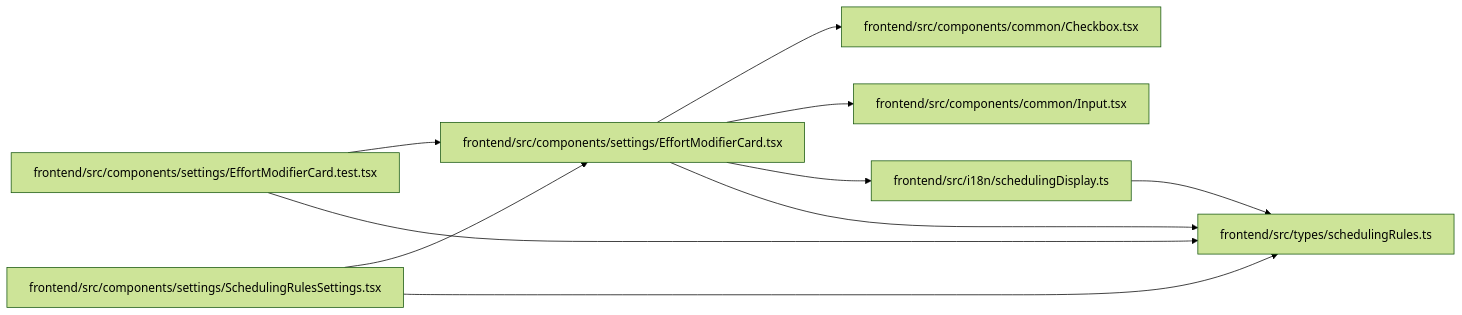
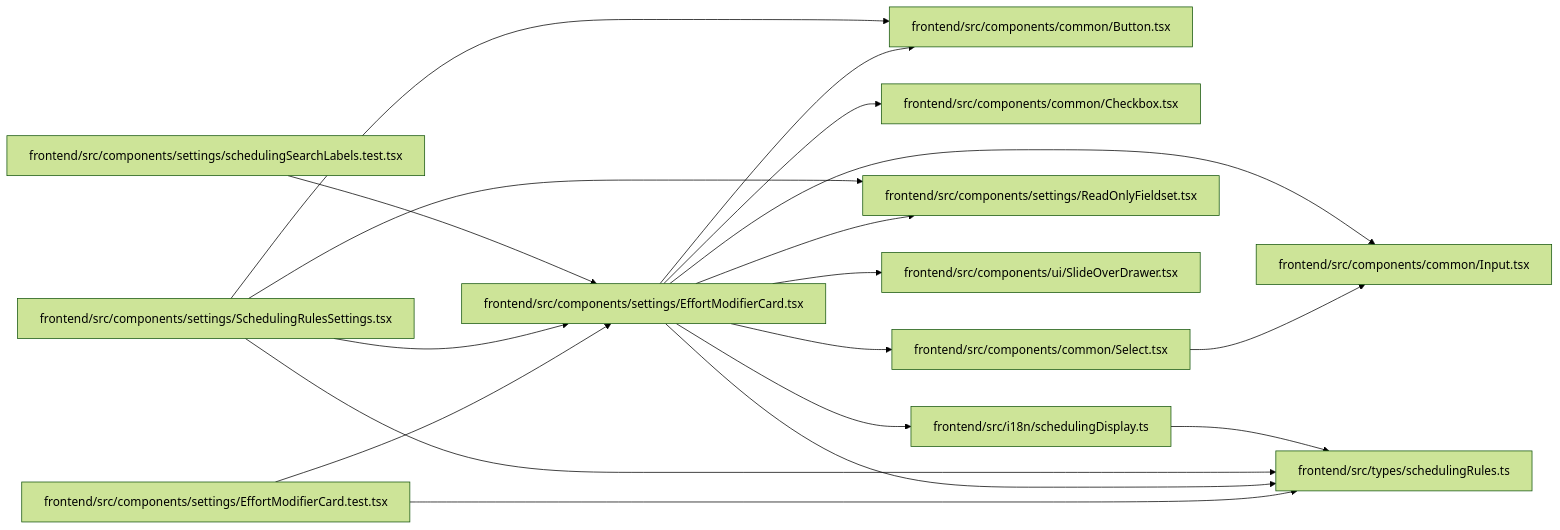
Before and after one commit to Denissvgn/WorkChord: the diagram in docs/llm_wiki/modules/EffortModifierCard.md, drawn with Mermaid (forest theme). The commit also changed other lines of this file and 2373 other files, not shown here.

````diff
--- a/docs/llm_wiki/modules/EffortModifierCard.md
+++ b/docs/llm_wiki/modules/EffortModifierCard.md
@@ -33,26 +37,44 @@
 ```mermaid
 flowchart LR
-    n0["frontend/src/components/common/Checkbox.tsx"]
-    n1["frontend/src/components/common/Input.tsx"]
-    n2["frontend/src/components/settings/EffortModifierCard.test.tsx"]
-    n3["frontend/src/components/settings/EffortModifierCard.tsx"]
-    n4["frontend/src/components/settings/SchedulingRulesSettings.tsx"]
-    n5["frontend/src/i18n/schedulingDisplay.ts"]
-    n6["frontend/src/types/schedulingRules.ts"]
-    n2 --> n3
-    n2 --> n6
-    n3 --> n0
-    n3 --> n1
-    n3 --> n5
-    n3 --> n6
-    n4 --> n3
-    n4 --> n6
+    n0["frontend/src/components/common/Button.tsx"]
+    n1["frontend/src/components/common/Checkbox.tsx"]
+    n2["frontend/src/components/common/Input.tsx"]
+    n3["frontend/src/components/common/Select.tsx"]
+    n4["frontend/src/components/settings/EffortModifierCard.test.tsx"]
+    n5["frontend/src/components/settings/EffortModifierCard.tsx"]
+    n6["frontend/src/components/settings/ReadOnlyFieldset.tsx"]
+    n7["frontend/src/components/settings/SchedulingRulesSettings.tsx"]
+    n8["frontend/src/components/settings/schedulingSearchLabels.test.tsx"]
+    n9["frontend/src/components/ui/SlideOverDrawer.tsx"]
+    n10["frontend/src/i18n/schedulingDisplay.ts"]
+    n11["frontend/src/types/schedulingRules.ts"]
+    n3 --> n2
+    n4 --> n5
+    n4 --> n11
+    n5 --> n0
+    n5 --> n1
+    n5 --> n2
+    n5 --> n3
     n5 --> n6
-    click n0 "../modules/Checkbox.md"
-    click n1 "../modules/Input.md"
-    click n2 "../modules/EffortModifierCard.test.md"
-    click n3 "../modules/EffortModifierCard.md"
-    click n4 "../modules/SchedulingRulesSettings.md"
-    click n5 "../modules/schedulingDisplay.md"
-    click n6 "../modules/schedulingRules.md"
+    n5 --> n9
+    n5 --> n10
+    n5 --> n11
+    n7 --> n0
+    n7 --> n5
+    n7 --> n6
+    n7 --> n11
+    n8 --> n5
+    n10 --> n11
+    click n0 "../modules/Button.md"
+    click n1 "../modules/Checkbox.md"
+    click n2 "../modules/Input.md"
+    click n3 "../modules/Select.md"
+    click n4 "../modules/EffortModifierCard.test.md"
+    click n5 "../modules/EffortModifierCard.md"
+    click n6 "../modules/ReadOnlyFieldset.md"
+    click n7 "../modules/SchedulingRulesSettings.md"
+    click n8 "../modules/schedulingSearchLabels.test.md"
+    click n9 "../modules/SlideOverDrawer.md"
+    click n10 "../modules/schedulingDisplay.md"
+    click n11 "../modules/schedulingRules.md"
 ```
````
